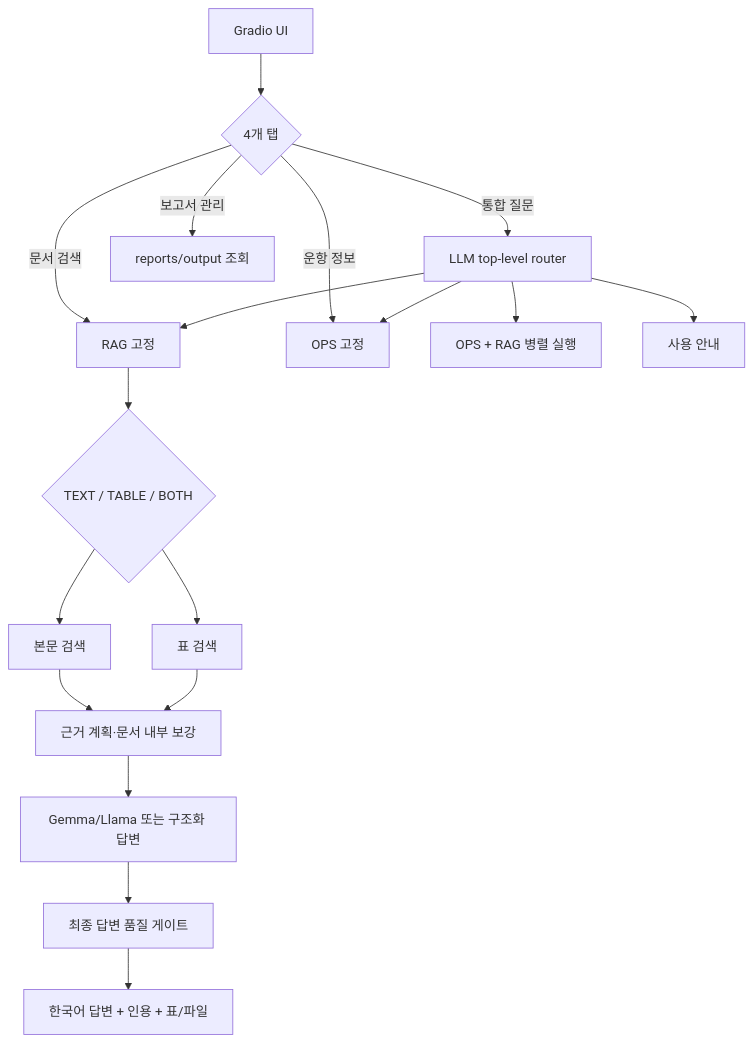
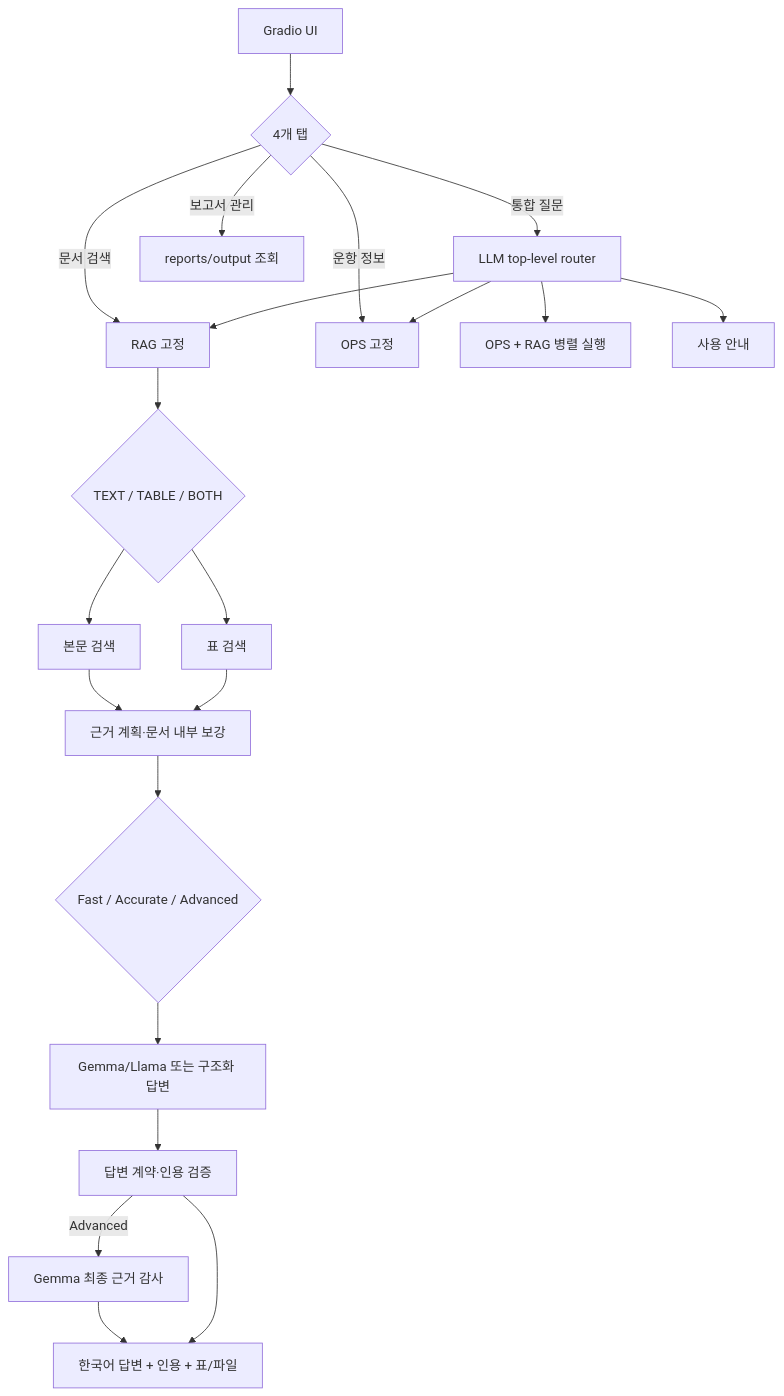
Before and after one commit to yoonmojeon/20260805: the diagram in docs/ARCHITECTURE.md, drawn with Mermaid. The commit also changed other lines of this file and 200 other files, not shown here.

````diff
--- a/docs/ARCHITECTURE.md
+++ b/docs/ARCHITECTURE.md
@@ -7,20 +7,23 @@
 ```mermaid
 flowchart TD
     UI["Gradio UI"] --> TAB{"4개 탭"}
     TAB -->|"통합 질문"| ROUTER["LLM top-level router"]
     TAB -->|"문서 검색"| RAG["RAG 고정"]
     TAB -->|"운항 정보"| OPS["OPS 고정"]
     TAB -->|"보고서 관리"| REPORT["reports/output 조회"]
     ROUTER --> OPS
     ROUTER --> RAG
     ROUTER --> HYBRID["OPS + RAG 병렬 실행"]
     ROUTER --> CHAT["사용 안내"]
     RAG --> MODE{"TEXT / TABLE / BOTH"}
     MODE --> TEXT["본문 검색"]
     MODE --> TABLE["표 검색"]
     TEXT --> EVIDENCE["근거 계획·문서 내부 보강"]
     TABLE --> EVIDENCE
-    EVIDENCE --> ANSWER["Gemma/Llama 또는 구조화 답변"]
-    ANSWER --> GUARD["최종 답변 품질 게이트"]
+    EVIDENCE --> LEVEL{"Fast / Accurate / Advanced"}
+    LEVEL --> ANSWER["Gemma/Llama 또는 구조화 답변"]
+    ANSWER --> GUARD["답변 계약·인용 검증"]
+    GUARD -->|"Advanced"| AUDIT["Gemma 최종 근거 감사"]
+    AUDIT --> OUT
     GUARD --> OUT["한국어 답변 + 인용 + 표/파일"]
 ```
````
